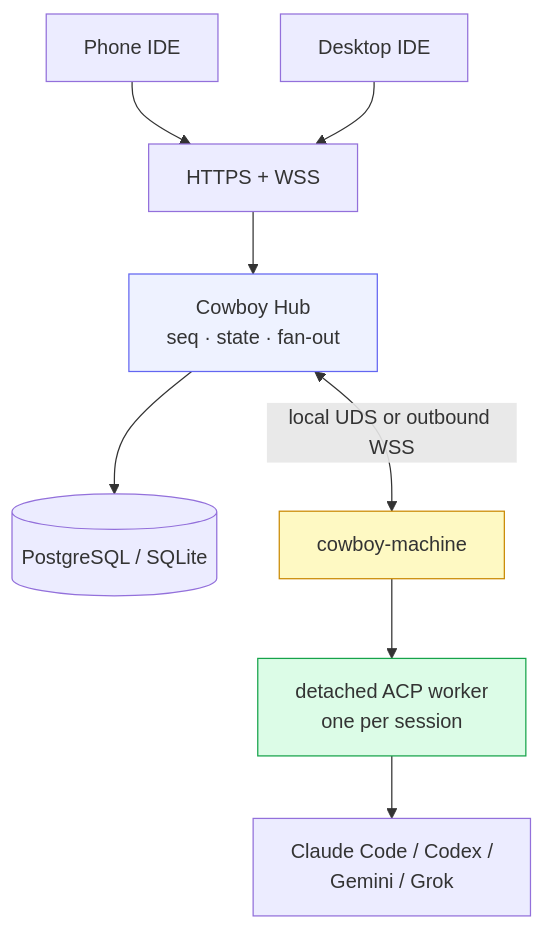
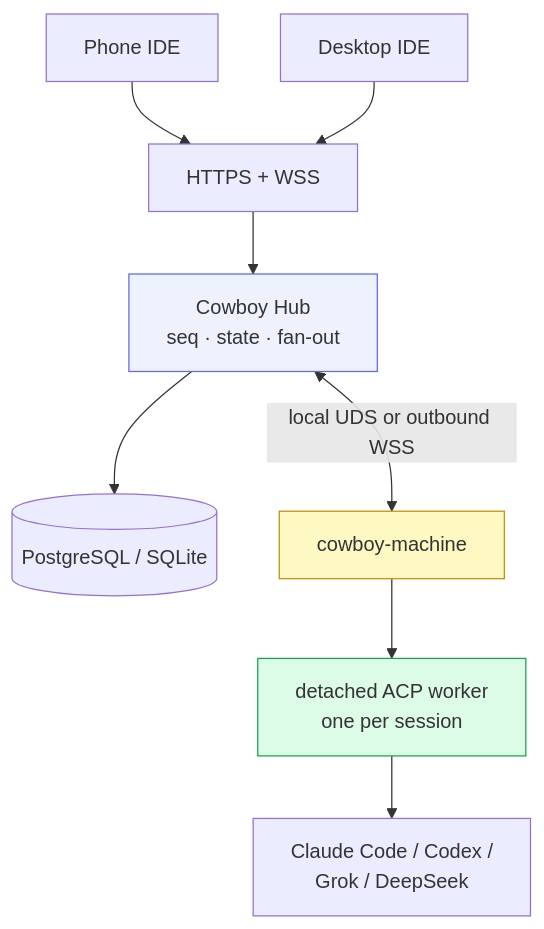
One commit to dravengarden/cowboy changed the first of 2 diagrams in docs/architecture/00-overview.md. Above: the diagram before and after it, drawn with Mermaid. The commit also changed 15 other files, not shown here.

First line of the commit message:
docs: remove the retired Gemini Provider from living documentation

````diff
--- a/docs/architecture/00-overview.md
+++ b/docs/architecture/00-overview.md
@@ -32,14 +32,14 @@
 ```mermaid
 flowchart TB
     PHONE["Phone IDE"] --> HTTP["HTTPS + WSS"]
     DESKTOP["Desktop IDE"] --> HTTP
     HTTP --> HUB["Cowboy Hub<br/>seq · state · fan-out"]
     HUB --> STORE[("PostgreSQL / SQLite")]
     HUB <-->|"local UDS or outbound WSS"| MACHINE["cowboy-machine"]
     MACHINE --> WORKER["detached ACP worker<br/>one per session"]
-    WORKER --> PROVIDER["Claude Code / Codex /<br/>Gemini / Grok"]
+    WORKER --> PROVIDER["Claude Code / Codex /<br/>Grok / DeepSeek"]
 
     style HUB fill:#eef2ff,stroke:#6366f1
     style MACHINE fill:#fef9c3,stroke:#ca8a04
     style WORKER fill:#dcfce7,stroke:#16a34a
 ```
````
